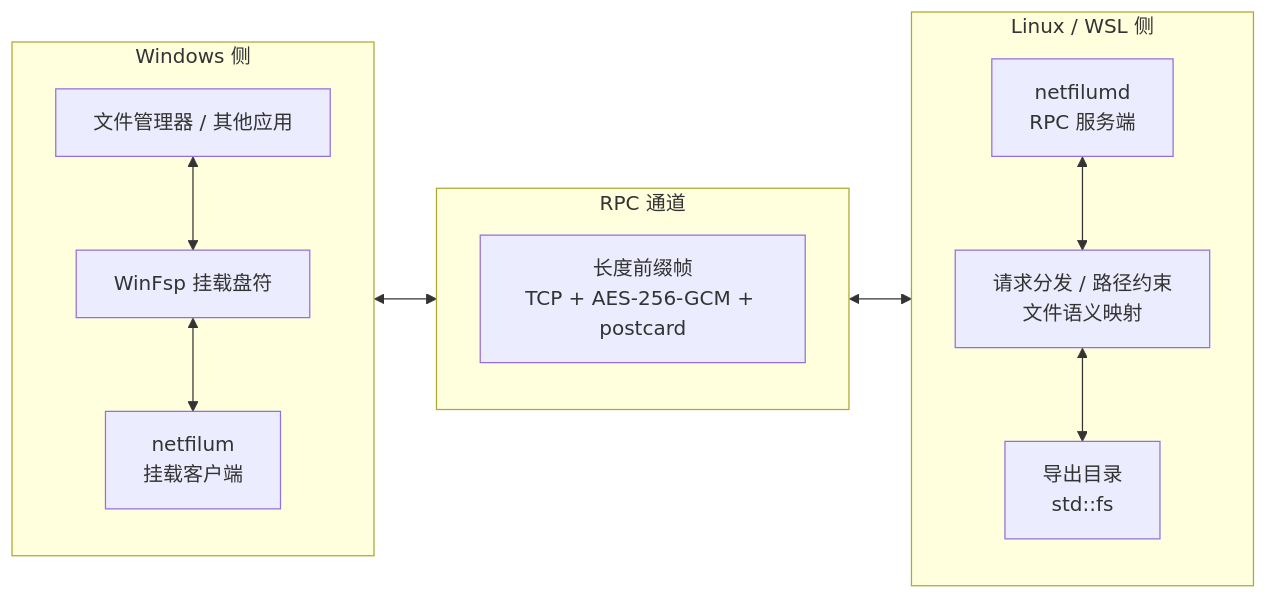
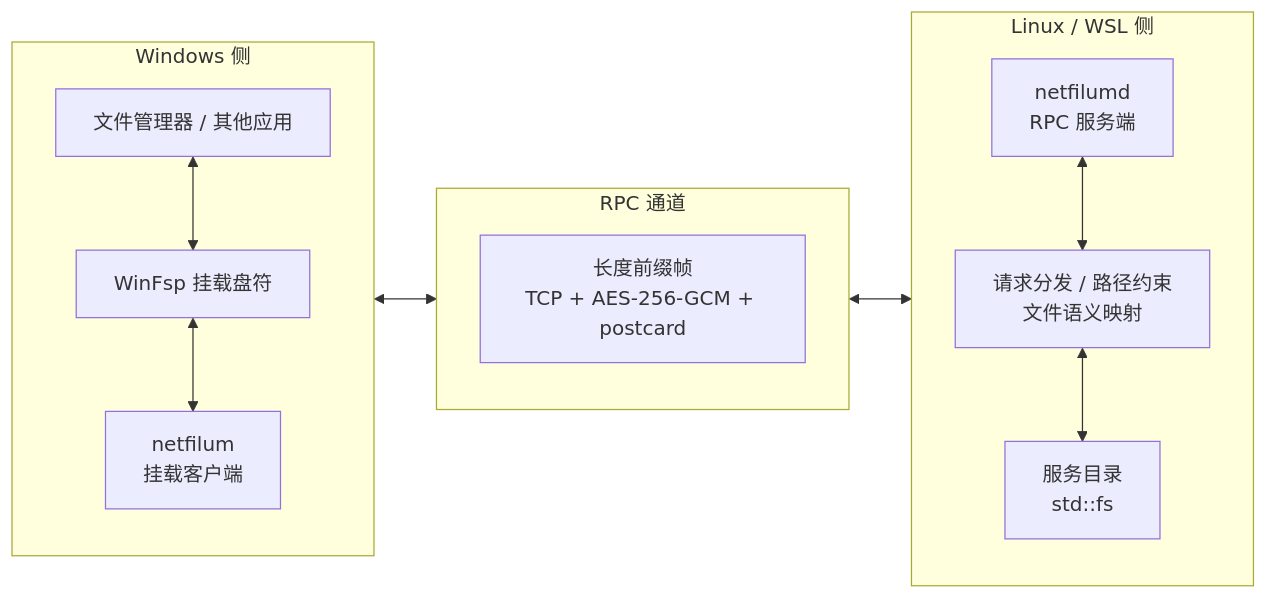
The diagram in README.md (zetaloop/netfilum), drawn with Mermaid before and after one commit. The commit also changed other lines of this file, not shown here.

````diff
--- a/README.md
+++ b/README.md
@@ -14,30 +14,30 @@
 ```mermaid
 flowchart LR
     subgraph Win["Windows 侧"]
         direction TB
         Apps["文件管理器 / 其他应用"]
         Mount["WinFsp 挂载盘符"]
         Client["netfilum<br/>挂载客户端"]
 
         Apps <--> Mount
         Mount <--> Client
     end
 
     subgraph Wire["RPC 通道"]
         direction TB
         Rpc["长度前缀帧<br/>TCP + AES-256-GCM + postcard"]
     end
 
     subgraph Linux["Linux / WSL 侧"]
         direction TB
         Server["netfilumd<br/>RPC 服务端"]
         Dispatch["请求分发 / 路径约束<br/>文件语义映射"]
-        Fs["导出目录<br/>std::fs"]
+        Fs["服务目录<br/>std::fs"]
 
         Server <--> Dispatch
         Dispatch <--> Fs
     end
 
     Win <--> Wire
     Wire <--> Linux
 ```
````
